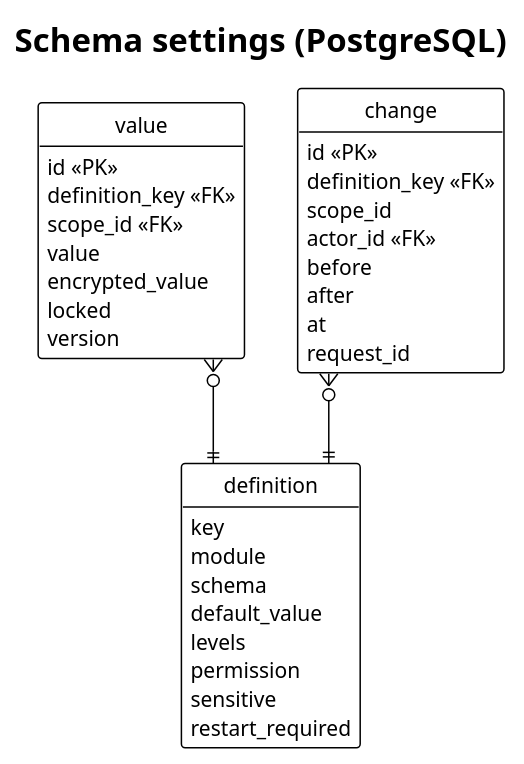
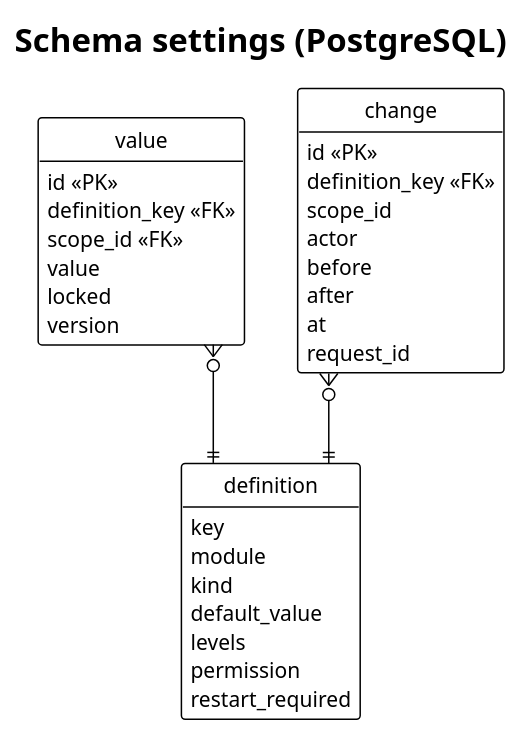
The diagram in docs/03-design/data-model/settings.puml (didactika/kampus), drawn with PlantUML before and after one commit. The commit also changed 53 other files, not shown here.

```diff
--- a/docs/03-design/data-model/settings.puml
+++ b/docs/03-design/data-model/settings.puml
@@ -1,40 +1,38 @@
 @startuml
 !theme plain
 hide empty members
 hide circle
 skinparam linetype ortho
 title Schema settings (PostgreSQL)
 
 entity definition {
   key
   module
-  schema
+  kind
   default_value
   levels
   permission
-  sensitive
   restart_required
 }
 entity value {
   id <<PK>>
   definition_key <<FK>>
   scope_id <<FK>>
   value
-  encrypted_value
   locked
   version
 }
 entity change {
   id <<PK>>
   definition_key <<FK>>
   scope_id
-  actor_id <<FK>>
+  actor
   before
   after
   at
   request_id
 }
 
 value }o--|| definition
 change }o--|| definition
 @enduml
```
